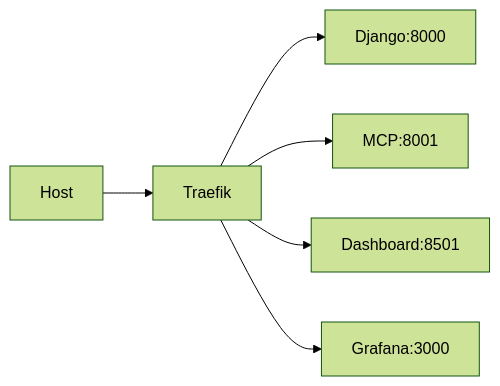
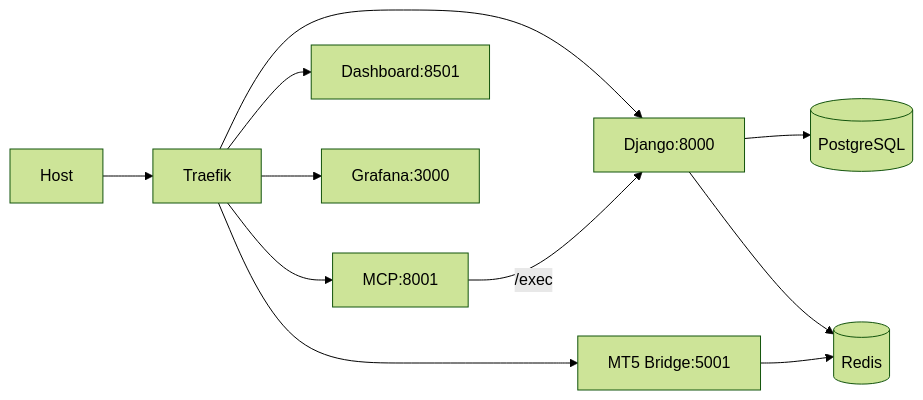
One commit to fotomash/zanalytics-quant changed the diagram in docs/architecture.md. Above: the diagram before and after it, drawn with Mermaid (forest theme). The commit also changed other lines of this file, not shown here.

Commit message:
Document PostgreSQL, Redis, and MCP flow

````diff
--- a/docs/architecture.md
+++ b/docs/architecture.md
@@ -7,8 +7,13 @@
 ```mermaid
 graph LR
     host[Host] --> traefik[Traefik]
     traefik --> django[Django:8000]
     traefik --> mcp[MCP:8001]
     traefik --> dashboard[Dashboard:8501]
     traefik --> grafana[Grafana:3000]
+    traefik --> mt5[MT5 Bridge:5001]
+    mcp -->|"/exec"| django
+    django --> postgres[(PostgreSQL)]
+    django --> redis[(Redis)]
+    mt5 --> redis
 ```
````
